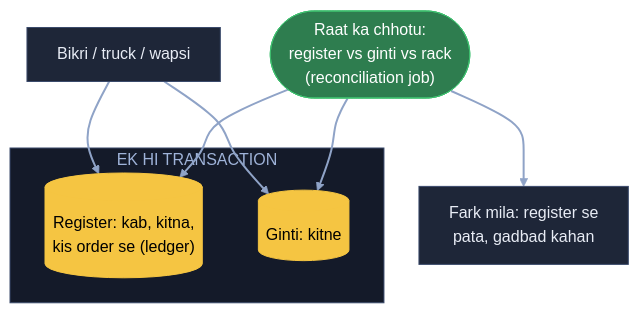
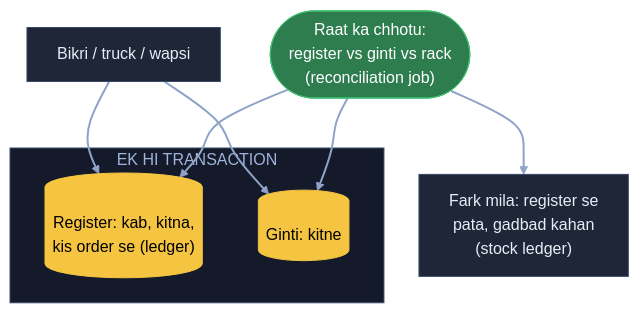
Before and after one commit to ArpanMaheshwari144/Prep: the third of 8 diagrams in 04_HLD/SYSTEM_DESIGNS/21_inventory_system/21_inventory_system.md, drawn with Mermaid. The commit also changed other lines of this file and 22 other files, not shown here.

Commit message:
Diagram: sirf kahani ke dohraaye shabd pe bracket, us jagah notes wala matlab (207 label)

````diff
--- a/04_HLD/SYSTEM_DESIGNS/21_inventory_system/21_inventory_system.md
+++ b/04_HLD/SYSTEM_DESIGNS/21_inventory_system/21_inventory_system.md
@@ -165,21 +165,21 @@
 ```mermaid
 flowchart TB
     S["Bikri / truck / wapsi"]:::card
     subgraph TX["EK HI TRANSACTION"]
         L[("Register: kab, kitna,<br/>kis order se (ledger)")]:::pill
         G[("Ginti: kitne")]:::pill
     end
     C(["Raat ka chhotu:<br/>register vs ginti vs rack<br/>(reconciliation job)"]):::good
-    F["Fark mila: register se<br/>pata, gadbad kahan"]:::card
+    F["Fark mila: register se<br/>pata, gadbad kahan<br/>(stock ledger)"]:::card
     S --> L
     S --> G
     C --> L
     C --> G
     C --> F
     linkStyle default stroke:#8fa3c7,stroke-width:2px
     classDef card fill:#1e2638,stroke:#3a4a6b,color:#e8ecf5
     classDef pill fill:#f5c542,stroke:#f5c542,color:#000
     classDef good fill:#2e7d4f,stroke:#3fbf6f,color:#fff
     classDef bad fill:#5c1f24,stroke:#e05561,color:#fff
     style TX fill:#141a29,stroke:#3a4a6b,color:#9fb3d9
 ```
````
